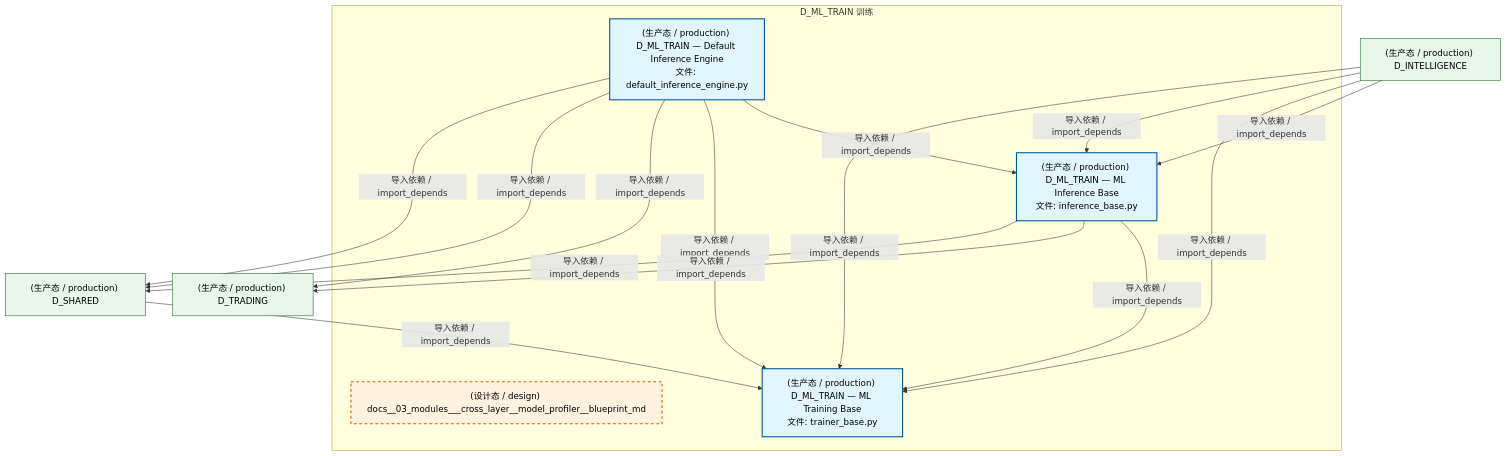
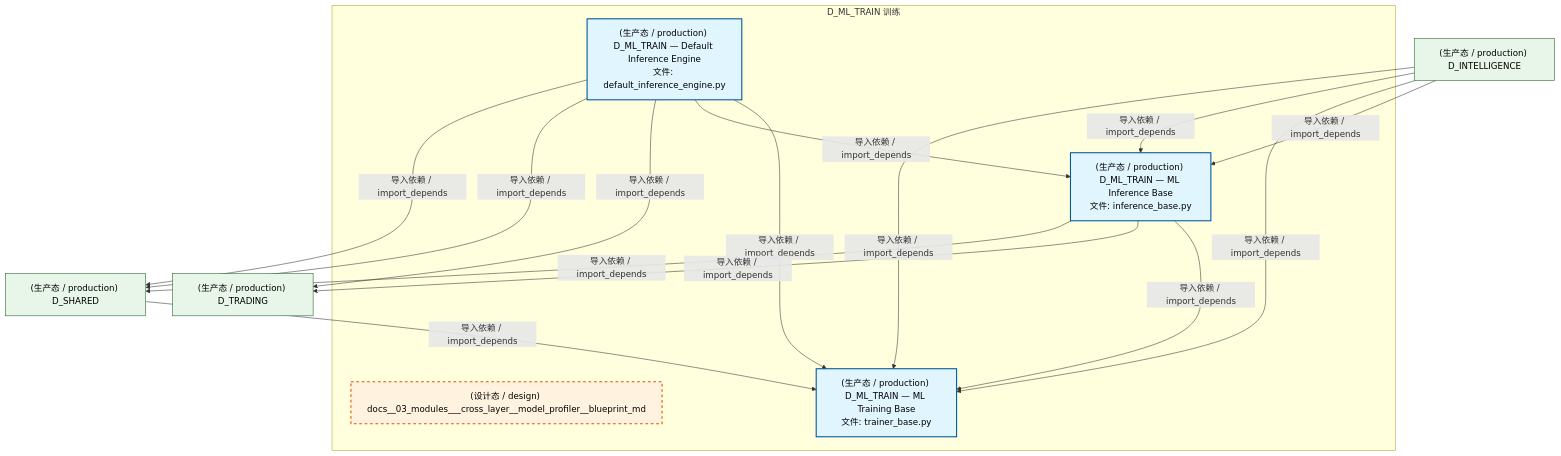
The first of 4 diagrams in docs/02_enterprise_architecture/02_domain_architecture_docs/61_d_ml_train.md (xuanFelixVan/ZephyrAlpha), drawn with Mermaid before and after one commit. The commit also changed other lines of this file and 48 other files, not shown here.

````diff
--- a/docs/02_enterprise_architecture/02_domain_architecture_docs/61_d_ml_train.md
+++ b/docs/02_enterprise_architecture/02_domain_architecture_docs/61_d_ml_train.md
@@ -64,32 +64,32 @@
 ```mermaid
 graph TD
     subgraph D_ML_TRAIN["D_ML_TRAIN 训练"]
         docs_03_modules_cross_layer_model_profiler_blueprint_md["(设计态 / design) docs__03_modules___cross_layer__model_profiler__blueprint_md"]
         src_zephyr_ml_train_implementations_default_inference_engine_py["(生产态 / production) D_ML_TRAIN — Default Inference Engine<br/>文件: default_inference_engine.py"]
         src_zephyr_ml_train_inference_base_py["(生产态 / production) D_ML_TRAIN — ML Inference Base<br/>文件: inference_base.py"]
         src_zephyr_ml_train_trainer_base_py["(生产态 / production) D_ML_TRAIN — ML Training Base<br/>文件: trainer_base.py"]
     end
     src_zephyr_ml_train_inference_base_py -->|导入依赖 / import_depends| src_zephyr_ml_train_trainer_base_py
+    src_zephyr_ml_train_implementations_default_inference_engine_py -->|导入依赖 / import_depends| src_zephyr_ml_train_trainer_base_py
     src_zephyr_ml_train_implementations_default_inference_engine_py -->|导入依赖 / import_depends| src_zephyr_ml_train_inference_base_py
-    src_zephyr_ml_train_implementations_default_inference_engine_py -->|导入依赖 / import_depends| src_zephyr_ml_train_trainer_base_py
     D_TRADING["(生产态 / production) D_TRADING"]
     src_zephyr_ml_train_inference_base_py -->|导入依赖 / import_depends| D_TRADING
     src_zephyr_ml_train_implementations_default_inference_engine_py -->|导入依赖 / import_depends| D_TRADING
     D_SHARED["(生产态 / production) D_SHARED"]
     src_zephyr_ml_train_inference_base_py -->|导入依赖 / import_depends| D_SHARED
     src_zephyr_ml_train_implementations_default_inference_engine_py -->|导入依赖 / import_depends| D_SHARED
     src_zephyr_ml_train_implementations_default_inference_engine_py -->|导入依赖 / import_depends| D_SHARED
     D_INTELLIGENCE["(生产态 / production) D_INTELLIGENCE"]
     D_INTELLIGENCE -->|导入依赖 / import_depends| src_zephyr_ml_train_inference_base_py
     D_INTELLIGENCE -->|导入依赖 / import_depends| src_zephyr_ml_train_trainer_base_py
-    D_SHARED -->|导入依赖 / import_depends| src_zephyr_ml_train_trainer_base_py
     D_INTELLIGENCE -->|导入依赖 / import_depends| src_zephyr_ml_train_inference_base_py
     D_INTELLIGENCE -->|导入依赖 / import_depends| src_zephyr_ml_train_trainer_base_py
+    D_SHARED -->|导入依赖 / import_depends| src_zephyr_ml_train_trainer_base_py
     classDef production fill:#e1f5fe,stroke:#01579b,stroke-width:2px,color:#000
     classDef design fill:#fff3e0,stroke:#e65100,stroke-width:2px,color:#000,stroke-dasharray: 5 5
     classDef external_prod fill:#e8f5e9,stroke:#1b5e20,stroke-width:1px,color:#000
     classDef external_design fill:#fce4ec,stroke:#880e4f,stroke-width:1px,color:#000,stroke-dasharray: 5 5
     class src_zephyr_ml_train_implementations_default_inference_engine_py,src_zephyr_ml_train_inference_base_py,src_zephyr_ml_train_trainer_base_py production
     class docs_03_modules_cross_layer_model_profiler_blueprint_md design
     class D_TRADING,D_SHARED,D_INTELLIGENCE external_prod
 ```
````
